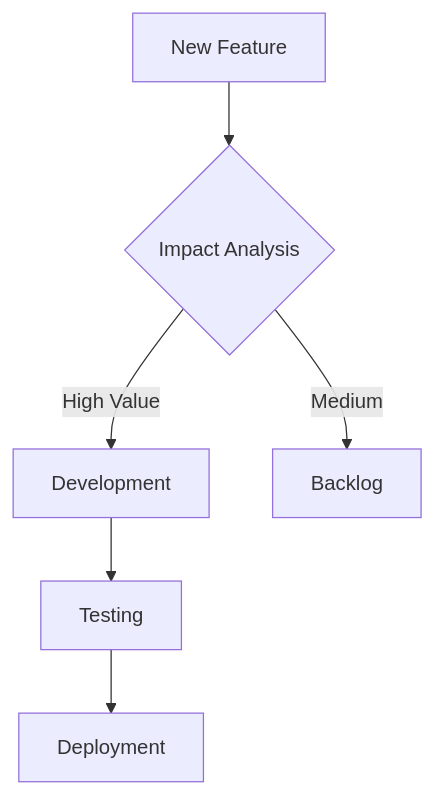
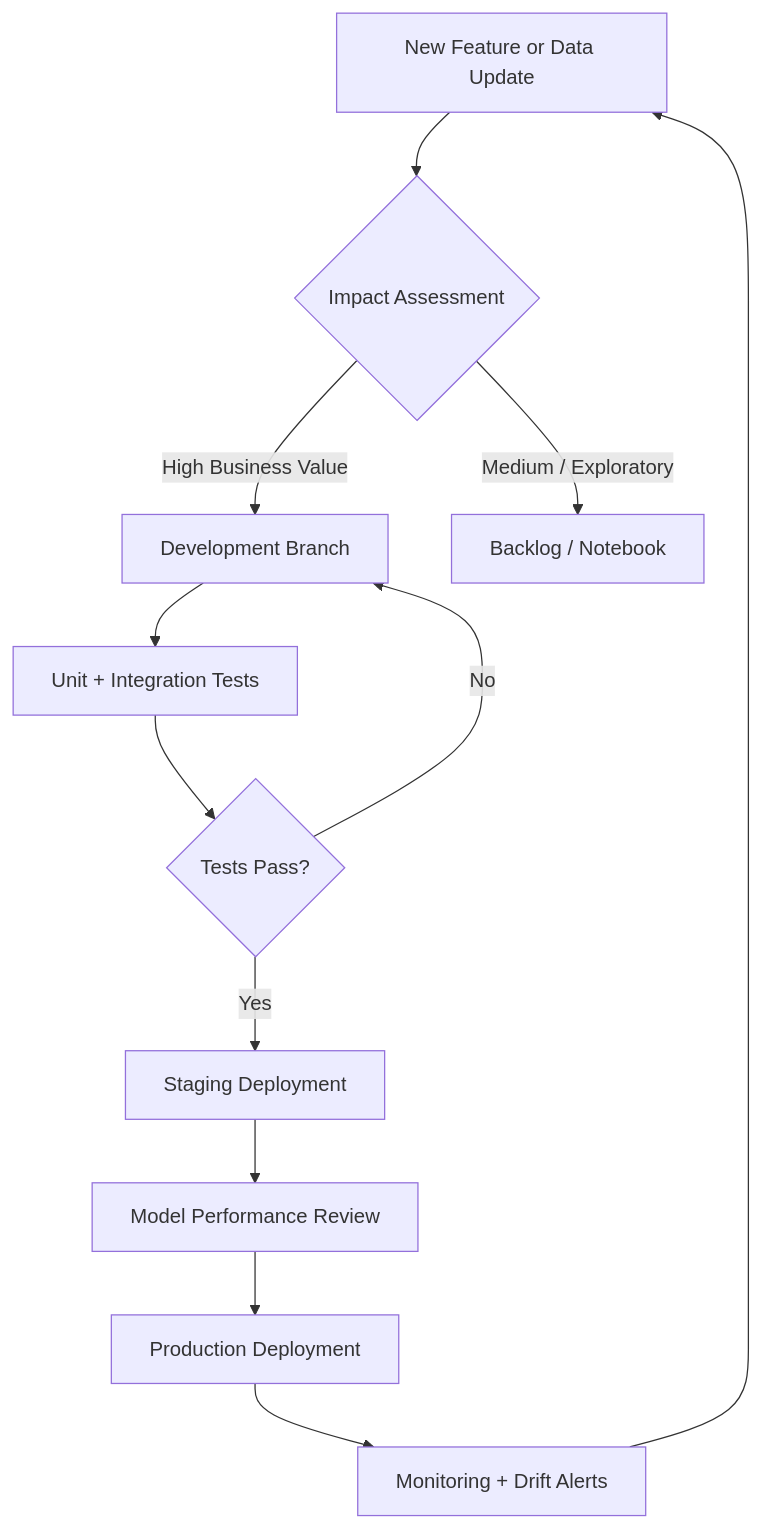
The diagram in README.md (mohdshamii/ChurnShield_AI), drawn with Mermaid before and after one commit. The commit also changed other lines of this file, not shown here.

````diff
--- a/README.md
+++ b/README.md
@@ -116,8 +279,14 @@
 ```mermaid
 graph TD
-    A[New Feature] --> B{Impact Analysis}
-    B -->|High Value| C[Development]
-    B -->|Medium| D[Backlog]
-    C --> E[Testing]
-    E --> F[Deployment]
+    A[New Feature or Data Update] --> B{Impact Assessment}
+    B -->|High Business Value| C[Development Branch]
+    B -->|Medium / Exploratory| D[Backlog / Notebook]
+    C --> E[Unit + Integration Tests]
+    E --> F{Tests Pass?}
+    F -->|Yes| G[Staging Deployment]
+    F -->|No| C
+    G --> H[Model Performance Review]
+    H --> I[Production Deployment]
+    I --> J[Monitoring + Drift Alerts]
+    J --> A
 ```
````
